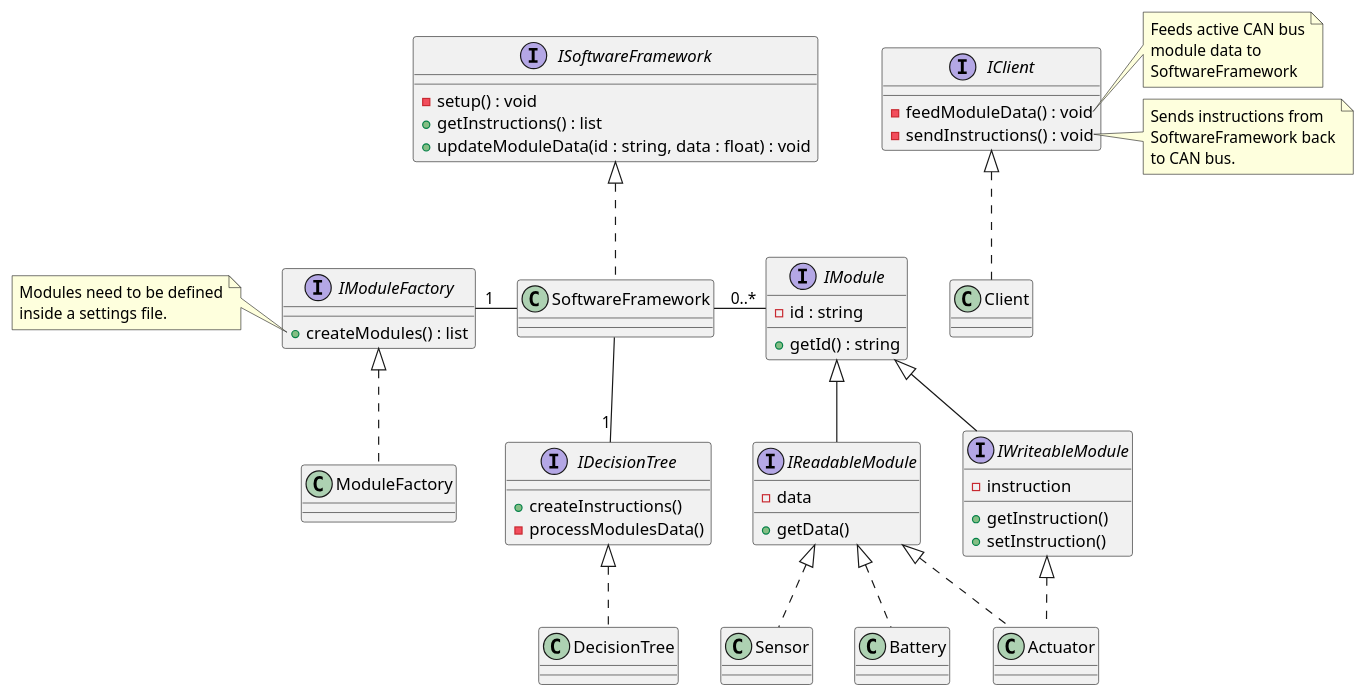
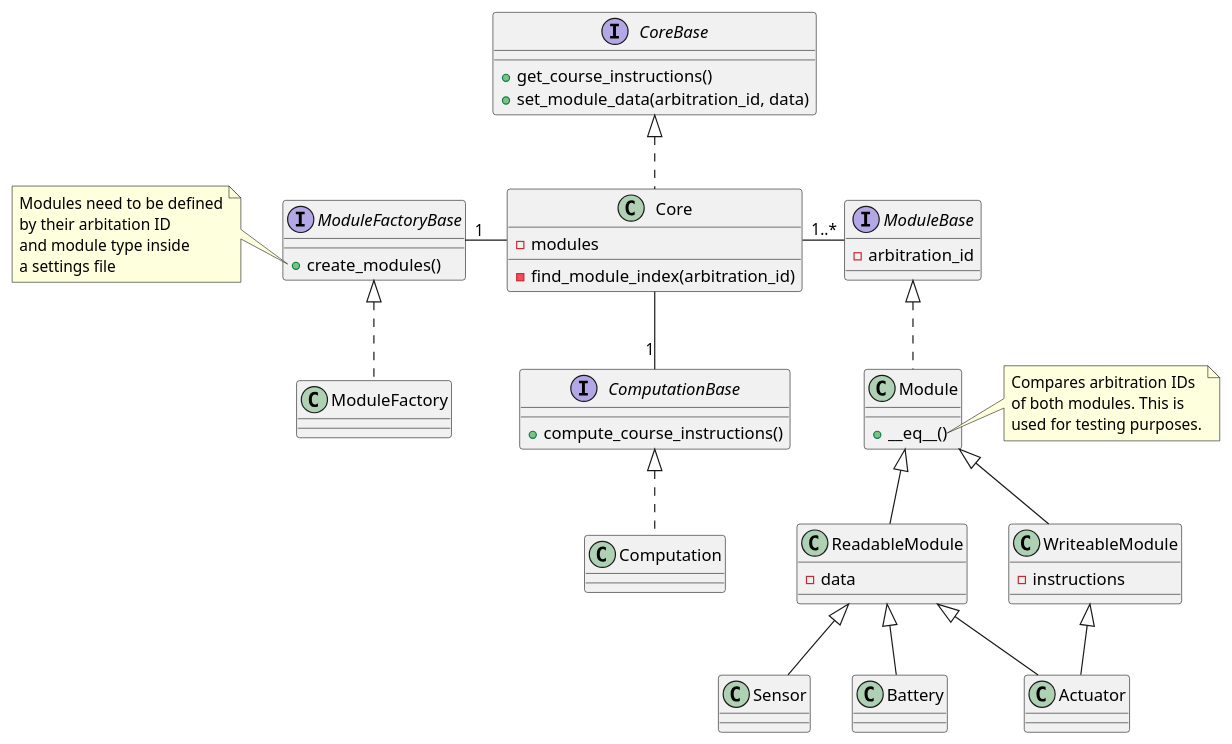
Before and after one commit to S-Vrijenhoek/Microtransat-Software-Framework: the diagram in docs/diagrams/src/class_diagram.wsd, drawn with PlantUML. The commit also changed 1 other file, not shown here.

Commit message:
Updated class diagram

```diff
--- a/docs/diagrams/src/class_diagram.wsd
+++ b/docs/diagrams/src/class_diagram.wsd
@@ -1,86 +1,79 @@
 @startuml Class Diagram
 
-interface IClient
-interface IModule
-interface IModuleFactory
-interface IDecisionTree
-interface ISoftwareFramework
-interface IReadableModule
-interface IWriteableModule
+interface ModuleBase
+interface ModuleFactoryBase
+interface ComputationBase
+interface CoreBase
 
-class Client
+class ReadableModule
+class WriteableModule
+class Module
 class ModuleFactory
-class DecisionTree
-class SoftwareFramework
+class Computation
+class Core
 class Sensor
 class Actuator
 class Battery
 
-IClient <|.. Client
-IModule <|-- IReadableModule
-IModule <|-- IWriteableModule
-IReadableModule <|.. Sensor
-IReadableModule <|.. Actuator
-IReadableModule <|.. Battery
-IWriteableModule <|.. Actuator
-IModuleFactory <|.. ModuleFactory
-IDecisionTree <|.. DecisionTree
-ISoftwareFramework <|.. SoftwareFramework
-SoftwareFramework - "0..*" IModule
-SoftwareFramework -left- "1" IModuleFactory
-SoftwareFramework -down- "1" IDecisionTree
+ModuleBase <|.. Module
+Module <|-- ReadableModule
+Module <|-- WriteableModule
+ReadableModule <|-- Sensor
+ReadableModule <|-- Actuator
+ReadableModule <|-- Battery
+WriteableModule <|-- Actuator
+ModuleFactoryBase <|.. ModuleFactory
+ComputationBase <|.. Computation
+CoreBase <|.. Core
+Core - "1..*" ModuleBase
+Core -left- "1" ModuleFactoryBase
+Core -down- "1" ComputationBase
 
-interface IClient {
-    - feedModuleData() : void
-    - sendInstructions() : void
+interface ModuleBase {
+    - arbitration_id
 }
 
-interface IModule {
-    - id : string
-    + getId() : string
+interface CoreBase {
+    + get_course_instructions()
+    + set_module_data(arbitration_id, data)
 }
 
-interface IReadableModule {
-    - data
-    + getData()
+interface ModuleFactoryBase {
+    + create_modules()
 }
 
-interface IWriteableModule {
-    - instruction
-    + getInstruction()
-    + setInstruction()
+interface ComputationBase {
+    + compute_course_instructions()
 }
 
-interface ISoftwareFramework {
-    - setup() : void
-    + getInstructions() : list
-    + updateModuleData(id : string, data : float) : void
+class Module {
+    + __eq__()
 }
 
-interface IModuleFactory {
-    + createModules() : list
+class Core {
+    - modules
+    - find_module_index(arbitration_id)
 }
 
-interface IDecisionTree {
-    + createInstructions()
-    - processModulesData()
+class ReadableModule {
+    - data
 }
 
-note left of IModuleFactory::createModules
+class WriteableModule {
+    - instructions
+}
+
+note left of ModuleFactoryBase::create_modules
     Modules need to be defined
-    inside a settings file.
+    by their arbitation ID
+    and module type inside 
+    a settings file
 end note
 
-note right of IClient::feedModuleData 
-    Feeds active CAN bus
-    module data to 
-    SoftwareFramework
-end note
-
-note right of IClient::sendInstructions 
-    Sends instructions from
-    SoftwareFramework back
-    to CAN bus. 
+note right of Module::__eq__
+    Compares arbitration IDs
+    of both modules. This is
+    used for testing purposes.
 end note
 
 @enduml
```
